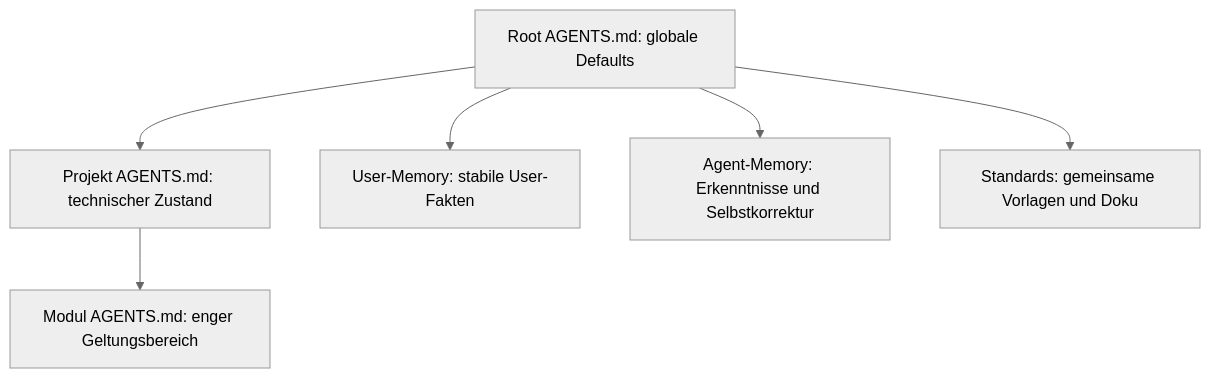
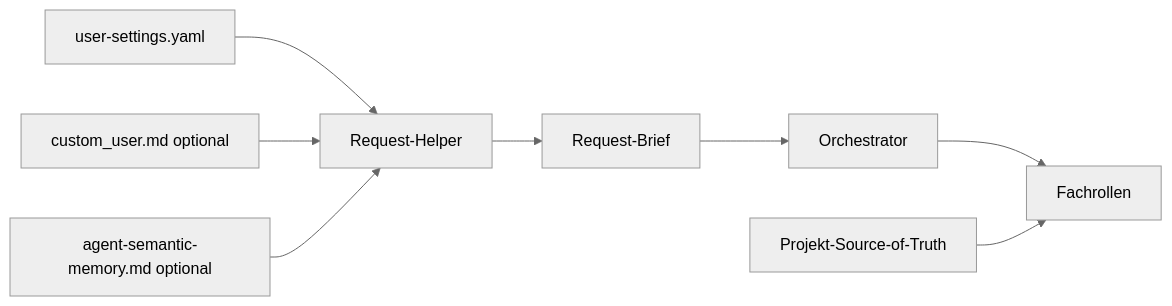
One commit to thomasdenk79-cyber/standards changed the diagram in docs/concepts/memory-architecture.md. Above: the diagram before and after it, drawn with Mermaid (neutral theme). The commit also changed other lines of this file and 39 other files, not shown here.

````diff
--- a/docs/concepts/memory-architecture.md
+++ b/docs/concepts/memory-architecture.md
@@ -22,8 +12,10 @@
 ```mermaid
-flowchart TD
-  Root[Root AGENTS.md: globale Defaults] --> Project[Projekt AGENTS.md: technischer Zustand]
-  Project --> Module[Modul AGENTS.md: enger Geltungsbereich]
-  Root --> User[User-Memory: stabile User-Fakten]
-  Root --> Agent[Agent-Memory: Erkenntnisse und Selbstkorrektur]
-  Root --> Standards[Standards: gemeinsame Vorlagen und Doku]
+flowchart LR
+  U[user-settings.yaml] --> R[Request-Helper]
+  C[custom_user.md optional] --> R
+  M[agent-semantic-memory.md optional] --> R
+  R --> B[Request-Brief]
+  B --> O[Orchestrator]
+  O --> F[Fachrollen]
+  P[Projekt-Source-of-Truth] --> F
 ```
````
